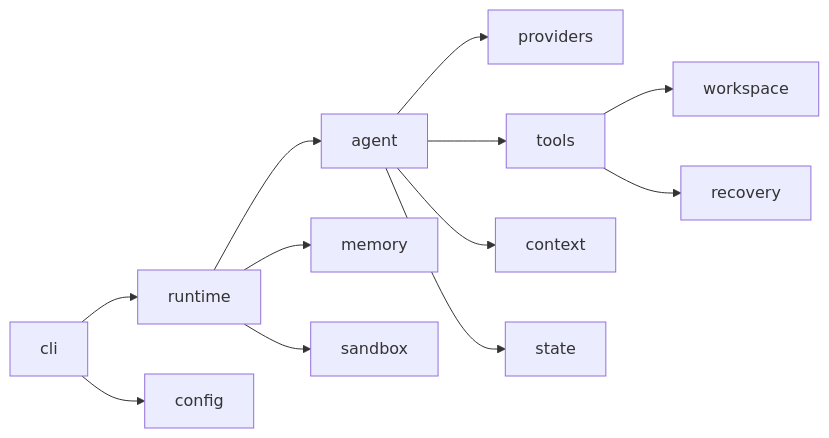
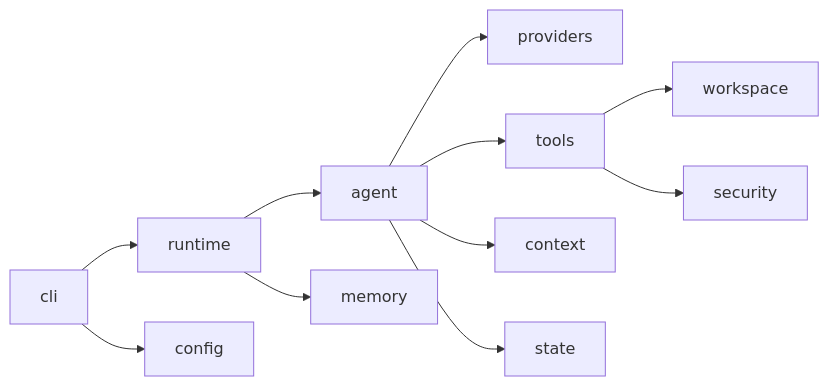
One commit to xiawiie/pony-code changed the diagram in docs/domain-model.md. Above: the diagram before and after it, drawn with Mermaid. The commit also changed other lines of this file and 129 other files, not shown here.

Commit message:
refactor: remove dormant sandbox and recovery runtime

````diff
--- a/docs/domain-model.md
+++ b/docs/domain-model.md
@@ -117,14 +116,13 @@
 ```mermaid
 flowchart LR
     CLI["cli"] --> RT["runtime"]
     CLI --> CFG["config"]
     RT --> AG["agent"]
     AG --> PR["providers"]
     AG --> TL["tools"]
     AG --> CT["context"]
     AG --> ST["state"]
     TL --> WS["workspace"]
-    TL --> RC["recovery"]
+    TL --> SEC["security"]
     RT --> MM["memory"]
-    RT --> SB["sandbox"]
 ```
````
